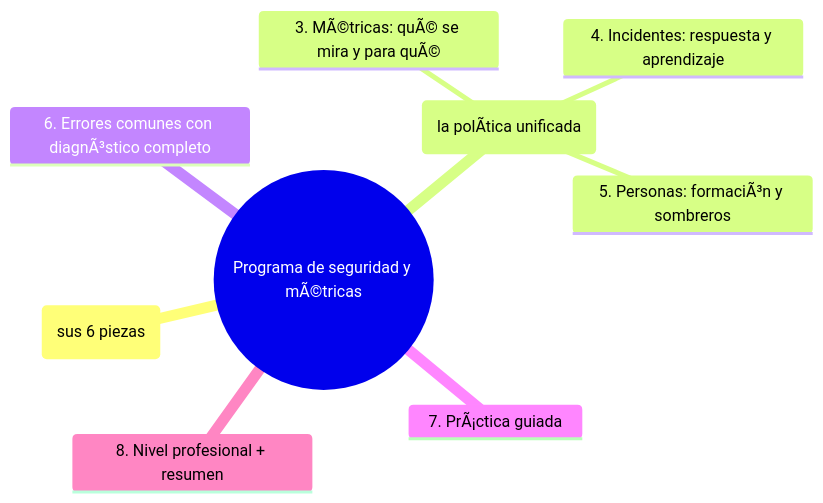
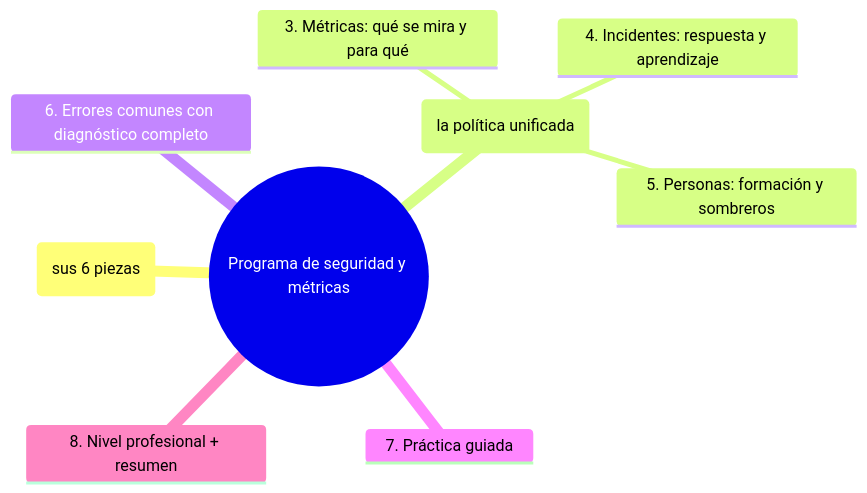
Before and after one commit to jorgesislema/github-paso-a-paso: the diagram in 24-devsecops/06-programa-de-seguridad-y-metricas.md, drawn with Mermaid. The commit also changed other lines of this file, not shown here.

````diff
--- a/24-devsecops/06-programa-de-seguridad-y-metricas.md
+++ b/24-devsecops/06-programa-de-seguridad-y-metricas.md
@@ -10,12 +10,12 @@
 ```mermaid
 mindmap
-  root((Programa de seguridad y mÃ©tricas))
-    1. El programa mÃ­nimo (sus 6 piezas)
-    2. Puertas y severidad (la polÃ­tica unificada)
-      3. MÃ©tricas: quÃ© se mira y para quÃ©
+  root((Programa de seguridad y métricas))
+    1. El programa mínimo (sus 6 piezas)
+    2. Puertas y severidad (la política unificada)
+      3. Métricas: qué se mira y para qué
       4. Incidentes: respuesta y aprendizaje
-      5. Personas: formaciÃ³n y sombreros
-    6. Errores comunes con diagnÃ³stico completo
-    7. PrÃ¡ctica guiada
+      5. Personas: formación y sombreros
+    6. Errores comunes con diagnóstico completo
+    7. Práctica guiada
     8. Nivel profesional + resumen
 ```
````
